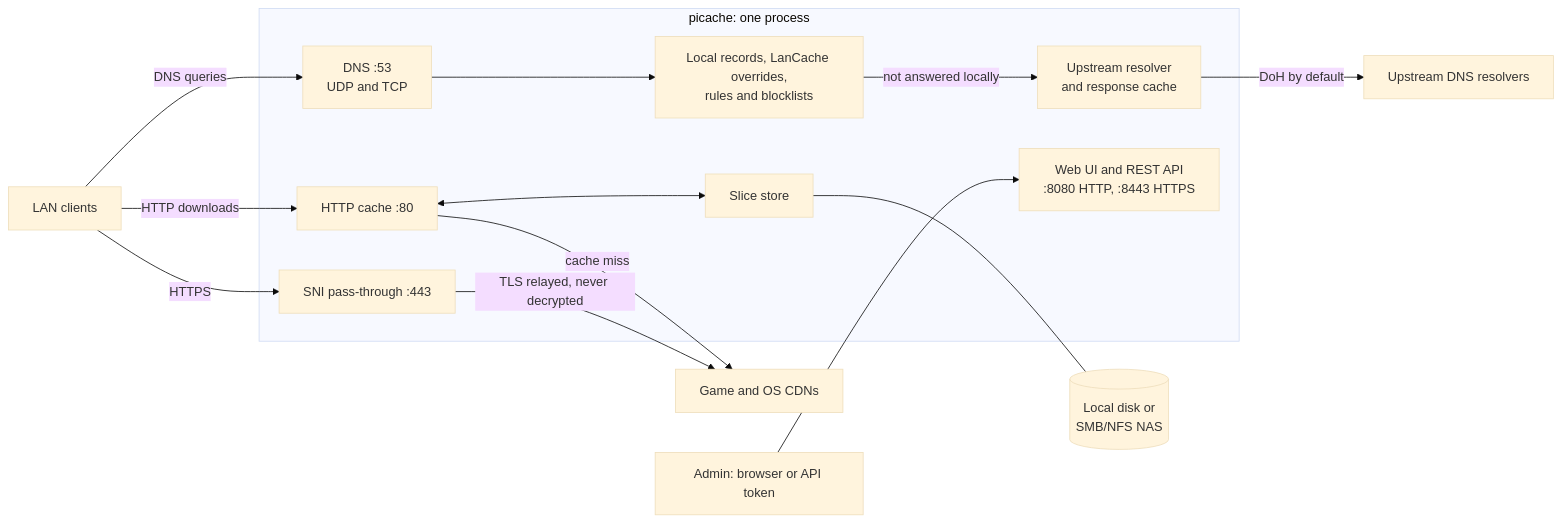
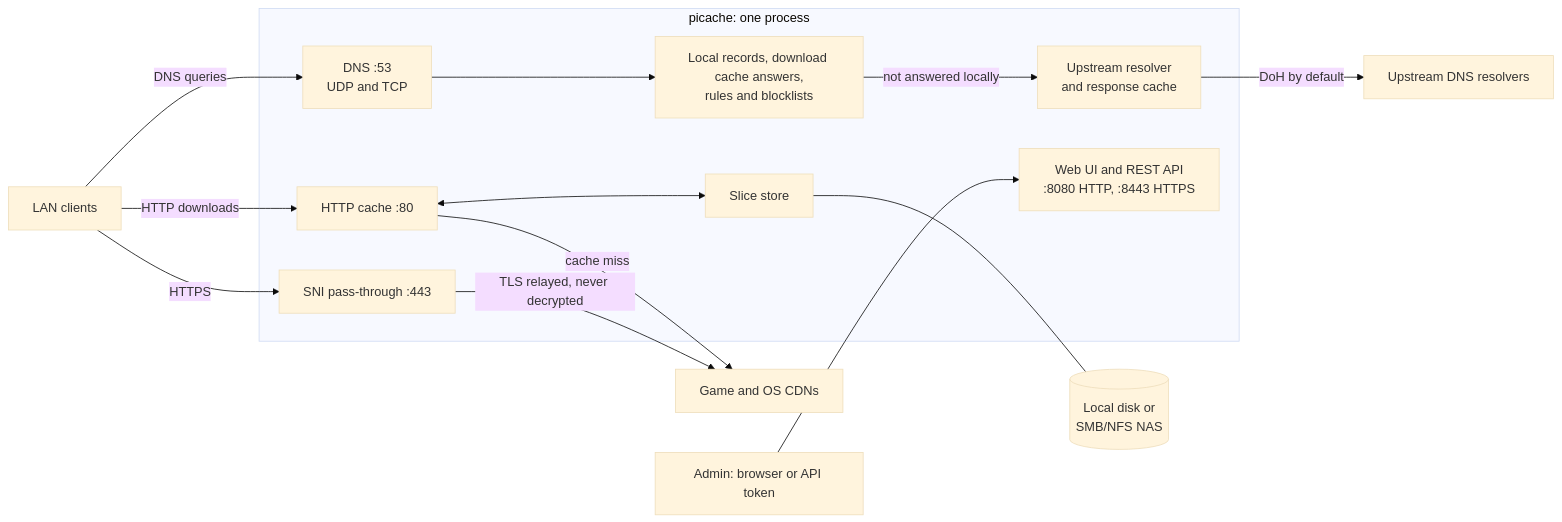
One commit to Hustenreizjuengling/PiCache changed the diagram in README.md. Above: the diagram before and after it, drawn with Mermaid (base theme). The commit also changed other lines of this file and 190 other files, not shown here.

First line of the commit message:
Rename the download cache and drop third-party product names

````diff
--- a/README.md
+++ b/README.md
@@ -212,28 +217,28 @@
 ```mermaid
 flowchart LR
     clients["LAN clients"]
     admin["Admin: browser or API token"]
 
     subgraph picache["picache: one process"]
         dns["DNS :53<br/>UDP and TCP"]
-        pipeline["Local records, LanCache overrides,<br/>rules and blocklists"]
+        pipeline["Local records, download cache answers,<br/>rules and blocklists"]
         resolver["Upstream resolver<br/>and response cache"]
         proxy["HTTP cache :80"]
         sni["SNI pass-through :443"]
         web["Web UI and REST API<br/>:8080 HTTP, :8443 HTTPS"]
         store["Slice store"]
     end
 
     upstreams["Upstream DNS resolvers"]
     cdns["Game and OS CDNs"]
     disk[("Local disk or<br/>SMB/NFS NAS")]
 
     clients -->|DNS queries| dns --> pipeline -->|not answered locally| resolver -->|DoH by default| upstreams
     clients -->|HTTP downloads| proxy
     clients -->|HTTPS| sni
     proxy <--> store
     store --- disk
     proxy -->|cache miss| cdns
     sni -->|TLS relayed, never decrypted| cdns
     admin --> web
 ```
````
